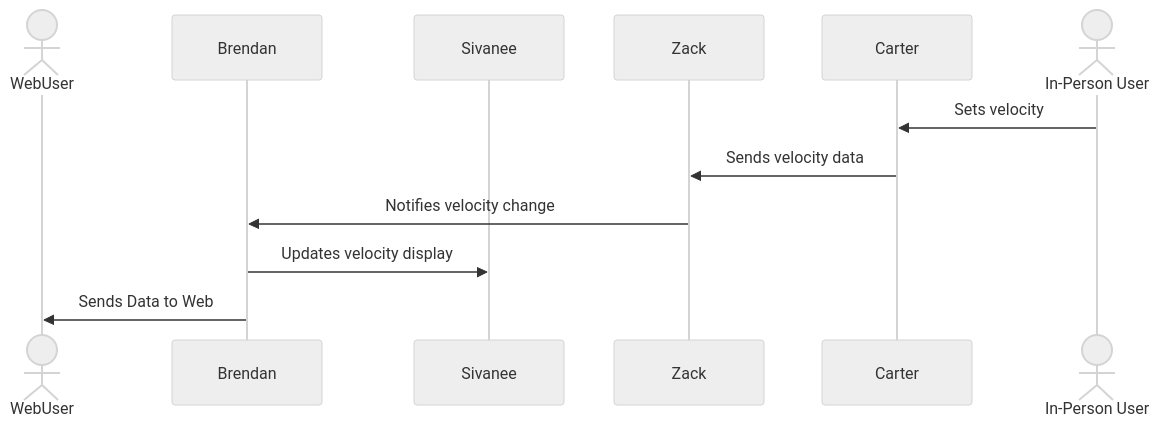
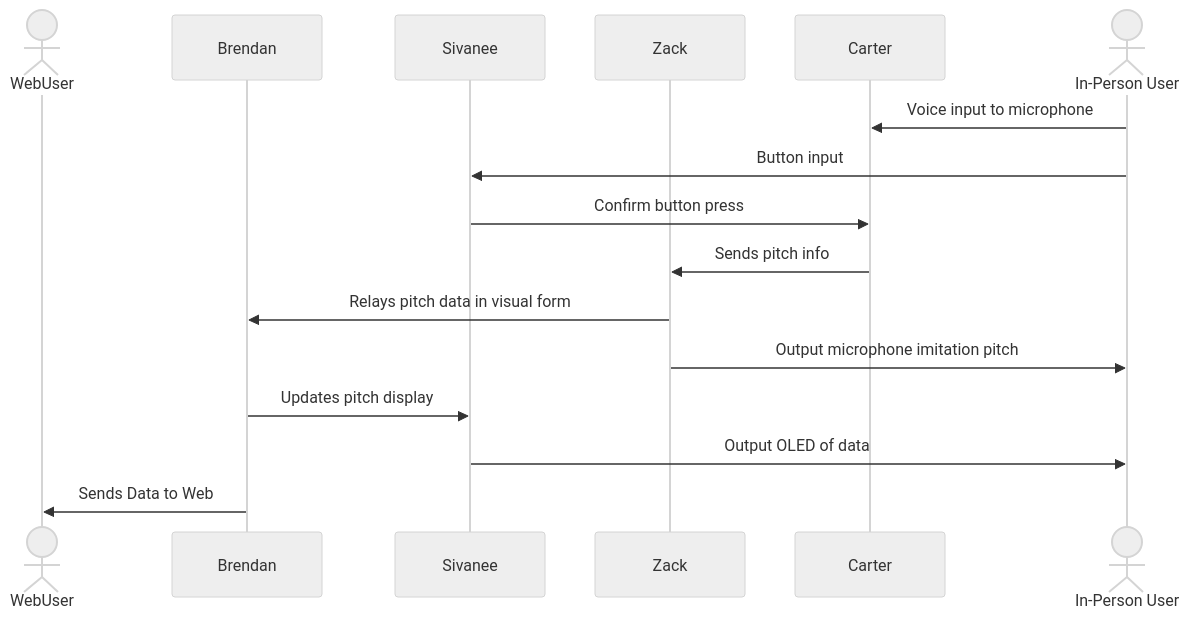
The diagram in docs/Communication_Process.md (EGR314-2025-S-203/Team203.github.io), drawn with Mermaid (neutral theme) before and after one commit.

Commit message:
Updated Communication Process

````diff
--- a/docs/Communication_Process.md
+++ b/docs/Communication_Process.md
@@ -6,16 +6,20 @@
 ```mermaid
 
 sequenceDiagram
     actor W as WebUser
     participant Brendan
     participant Sivanee
     participant Zack
     participant Carter
   actor I as In-Person User
     
-    I->>Carter: Sets velocity
-    Carter->>Zack: Sends velocity data
-    Zack->>Brendan: Notifies velocity change
-    Brendan->>Sivanee: Updates velocity display
+    I->>Carter: Voice input to microphone
+    I->>Sivanee: Button input
+    Sivanee->>Carter: Confirm button press
+    Carter->>Zack: Sends pitch info
+    Zack->>Brendan: Relays pitch data in visual form
+    Zack->>I: Output microphone imitation pitch
+    Brendan->>Sivanee: Updates pitch display
+    Sivanee->>I: Output OLED of data 
 Brendan ->> W: Sends Data to Web
 ``` 
````
